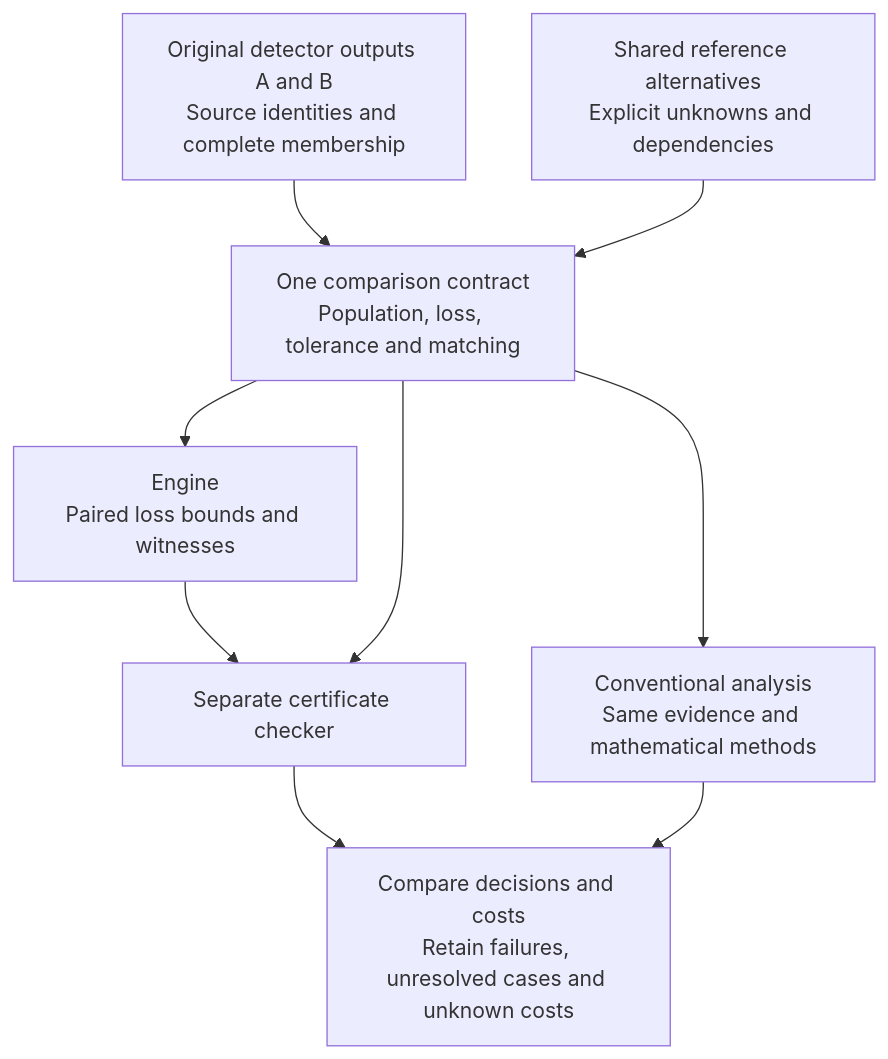
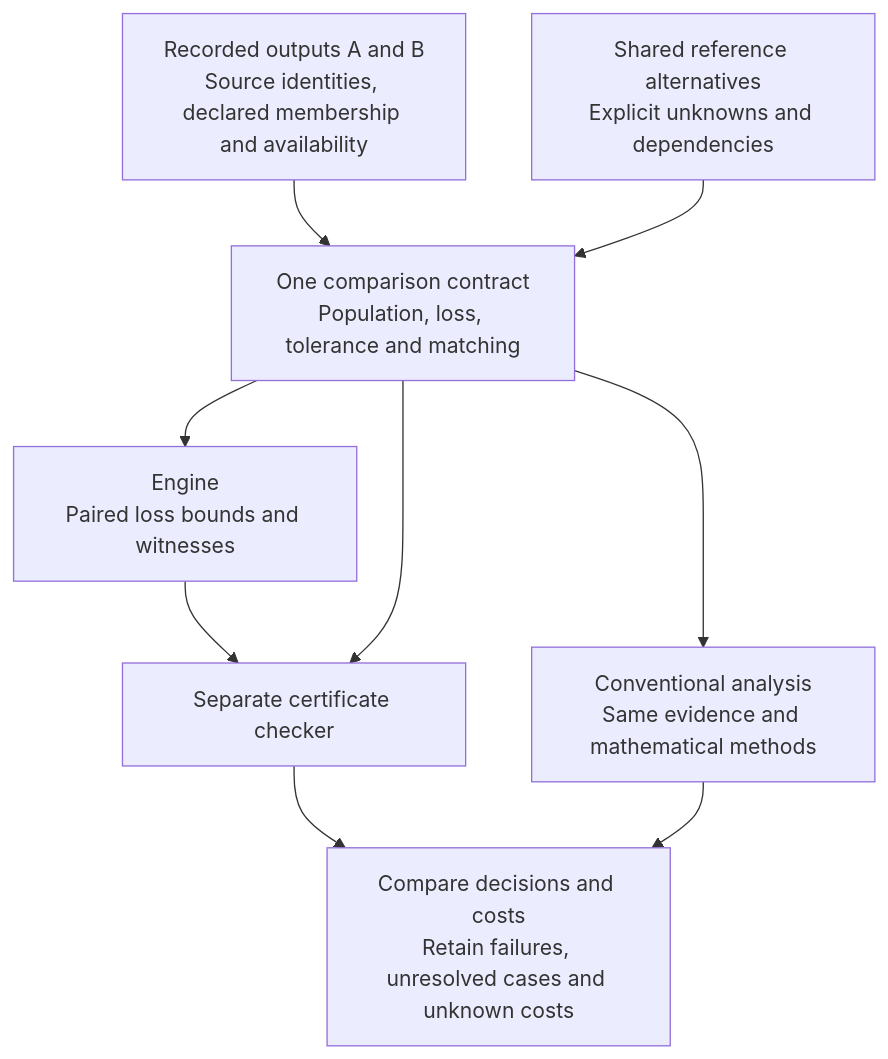
Before and after one commit to manfromnowhere143/reiyah: the first of 7 diagrams in README.md, drawn with Mermaid. The commit also changed other lines of this file and 11 other files, not shown here.

Commit message:
Update research narrative, diagrams and session brief

````diff
--- a/README.md
+++ b/README.md
@@ -62,11 +81,11 @@
 ```mermaid
 flowchart TB
-  A["Original detector outputs A and B<br/>Source identities and complete membership"] --> C["One comparison contract<br/>Population, loss, tolerance and matching"]
+  A["Recorded outputs A and B<br/>Source identities, declared membership and availability"] --> C["One comparison contract<br/>Population, loss, tolerance and matching"]
   R["Shared reference alternatives<br/>Explicit unknowns and dependencies"] --> C
   C --> E["Engine<br/>Paired loss bounds and witnesses"]
   C --> B["Conventional analysis<br/>Same evidence and mathematical methods"]
   E --> K["Separate certificate checker"]
   C --> K
   K --> V["Compare decisions and costs<br/>Retain failures, unresolved cases and unknown costs"]
   B --> V
 ```
````
